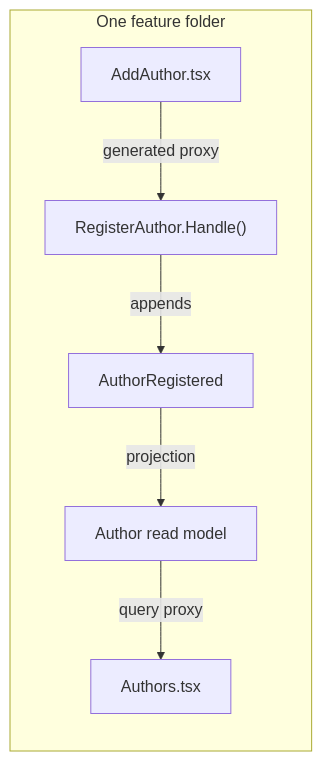
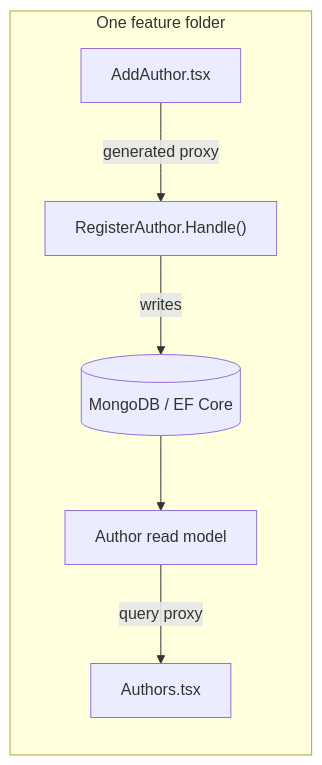
Before and after one commit to Cratis/Arc: the diagram in Documentation/vertical-slices.md, drawn with Mermaid. The commit also changed other lines of this file and 34 other files, not shown here.

````diff
--- a/Documentation/vertical-slices.md
+++ b/Documentation/vertical-slices.md
@@ -47,9 +47,9 @@
 ```mermaid
 flowchart LR
     subgraph Slice["One feature folder"]
         UI["AddAuthor.tsx"] -->|generated proxy| Cmd["RegisterAuthor.Handle()"]
-        Cmd -->|appends| Ev["AuthorRegistered"]
-        Ev -->|projection| RM["Author read model"]
+        Cmd -->|writes| DB[("MongoDB / EF Core")]
+        DB --> RM["Author read model"]
         RM -->|query proxy| List["Authors.tsx"]
     end
 ```
````
